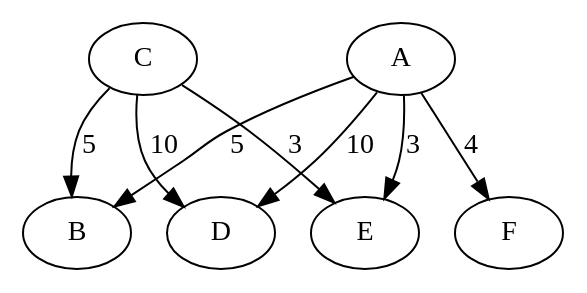
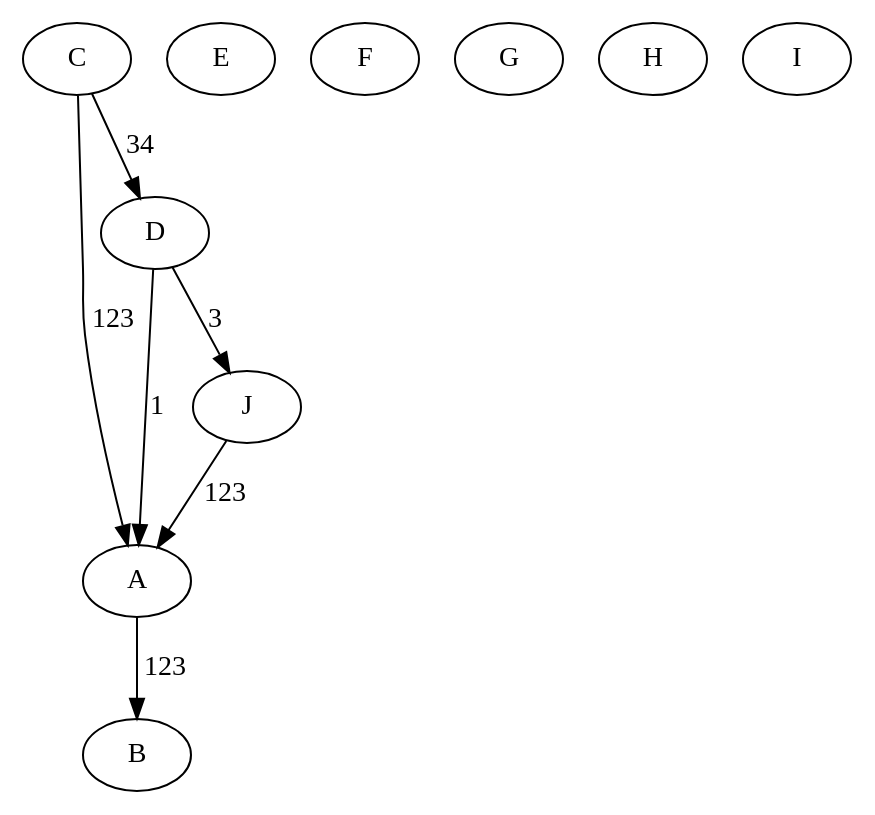
Before and after one commit to caco26i/IO-S2-2018: the diagram in test.dot, drawn with Graphviz. The commit also changed 3 other files, not shown here.

```diff
--- a/test.dot
+++ b/test.dot
@@ -1,9 +1,18 @@
 digraph G {
-A -> B [ label="5" ];
-A -> D [ label="10" ];
-A -> E [ label="3" ];
-A -> F [ label="4" ];
-C -> B [ label="5" ];
-C -> D [ label="10" ];
-C -> E [ label="3" ];
+"A"
+"A" -> "B" [ label="123" ];
+"B"
+"C"
+"C" -> "A" [ label="123" ];
+"C" -> "D" [ label="34" ];
+"D"
+"D" -> "A" [ label="1" ];
+"D" -> "J" [ label="3" ];
+"E"
+"F"
+"G"
+"H"
+"I"
+"J"
+"J" -> "A" [ label="123" ];
 }
```
